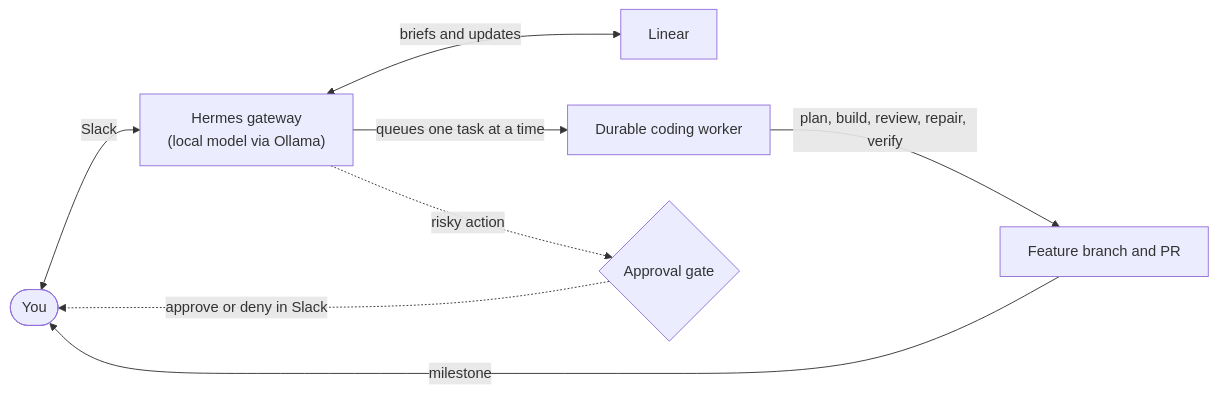
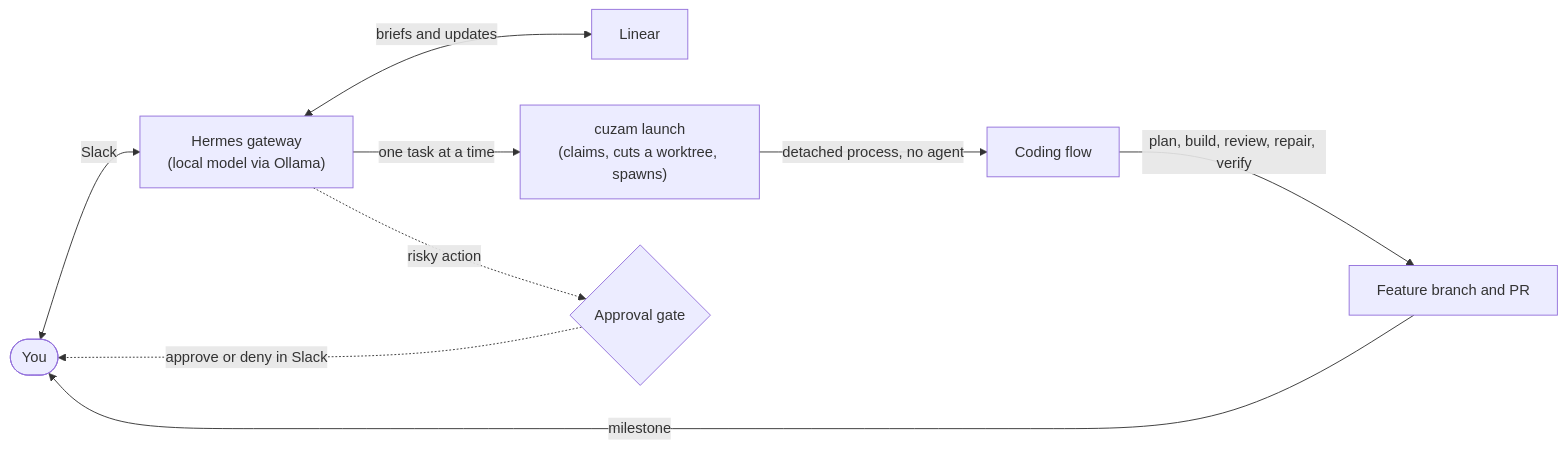
Before and after one commit to SilviaAre95/ristretto-ai: the first of 2 diagrams in README.md, drawn with Mermaid. The commit also changed other lines of this file and 8 other files, not shown here.

````diff
--- a/README.md
+++ b/README.md
@@ -33,10 +33,11 @@
 ```mermaid
 flowchart LR
     U([You]) <-->|Slack| G["Hermes gateway<br/>(local model via Ollama)"]
     G <-->|briefs and updates| LIN[Linear]
-    G -->|queues one task at a time| W[Durable coding worker]
+    G -->|one task at a time| L["cuzam launch<br/>(claims, cuts a worktree, spawns)"]
+    L -->|detached process, no agent| W[Coding flow]
     W -->|plan, build, review, repair, verify| PR[Feature branch and PR]
     PR -->|milestone| U
     G -.->|risky action| AP{Approval gate}
     AP -.->|approve or deny in Slack| U
 ```
````
